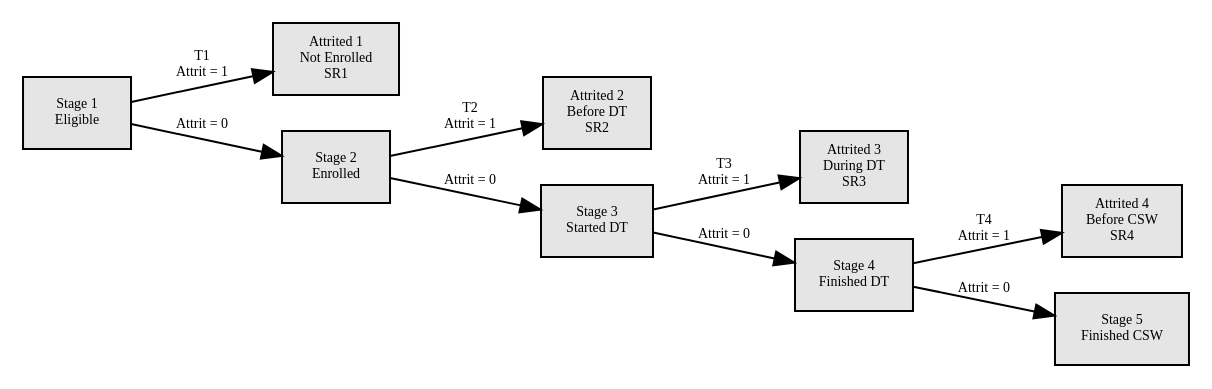
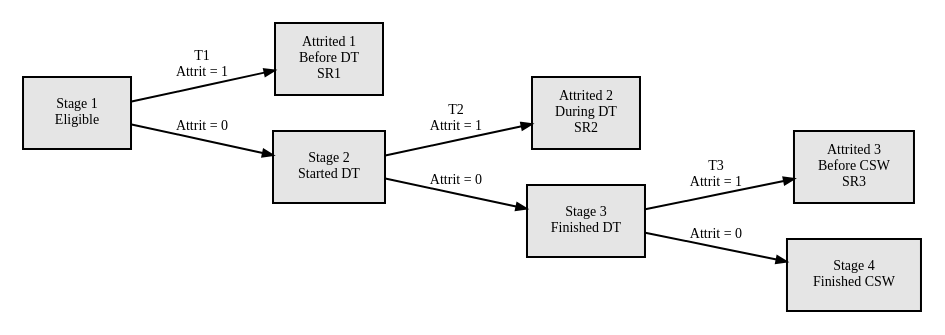
One commit to sjpierce/SANETPA changed the diagram in scripts/Import_Data.qmd. Above: the diagram before and after it, drawn with Graphviz.

Commit message:
Updated stage diagram to match revised Stage_Reached variable.

````diff
--- a/scripts/Import_Data.qmd
+++ b/scripts/Import_Data.qmd
@@ -705,37 +705,34 @@
 ```{dot}
 //| label: fig-Stages
-//| fig-cap: Stages, Thresholds (T1-T4), and Stopping Ratios (SR1-SR4) in the 
+//| fig-cap: Stages, Thresholds (T1-T3), and Stopping Ratios (SR1-SR3) in the 
 //|          SANE Training Program. CSW, clinical skills workshop; DT, didactic 
 //|          training.
 //| fig-width: 6
 //| fig-height: 3
 
 digraph StagesModeled {
 
 graph [rankdir="LR"];
 
 node [shape = "box", style= "filled", fillcolor = "Gray90", fontsize = "7"];
-A1 [label = "Attrited 1\nNot Enrolled\nSR1"]
-A2 [label = "Attrited 2\nBefore DT\nSR2"]
-A3 [label = "Attrited 3\nDuring DT\nSR3"]
-A4 [label = "Attrited 4\nBefore CSW\nSR4"]
+A1 [label = "Attrited 1\nBefore DT\nSR1"]
+A2 [label = "Attrited 2\nDuring DT\nSR2"]
+A3 [label = "Attrited 3\nBefore CSW\nSR3"]
 
 S1 [label = "Stage 1\nEligible"]
-S2 [label = "Stage 2\nEnrolled"]
-S3 [label = "Stage 3\nStarted DT"]
-S4 [label = "Stage 4\nFinished DT"]
-S5 [label = "Stage 5\nFinished CSW"]
+S2 [label = "Stage 2\nStarted DT"]
+S3 [label = "Stage 3\nFinished DT"]
+S4 [label = "Stage 4\nFinished CSW"]
 
-edge [fontsize = "7"];
+edge [fontsize = "7", arrowsize = 0.5];
 
 S1 -> A1 [label = "T1\nAttrit = 1"]
 S2 -> A2 [label = "T2\nAttrit = 1"]
 S3 -> A3 [label = "T3\nAttrit = 1"]
-S4 -> A4 [label = "T4\nAttrit = 1"]
 
 S1 -> S2 [label = "Attrit = 0"]
 S2 -> S3 [label = "Attrit = 0"]
 S3 -> S4 [label = "Attrit = 0"]
-S4 -> S5 [label = "Attrit = 0"]
+
 }
 ```
````
